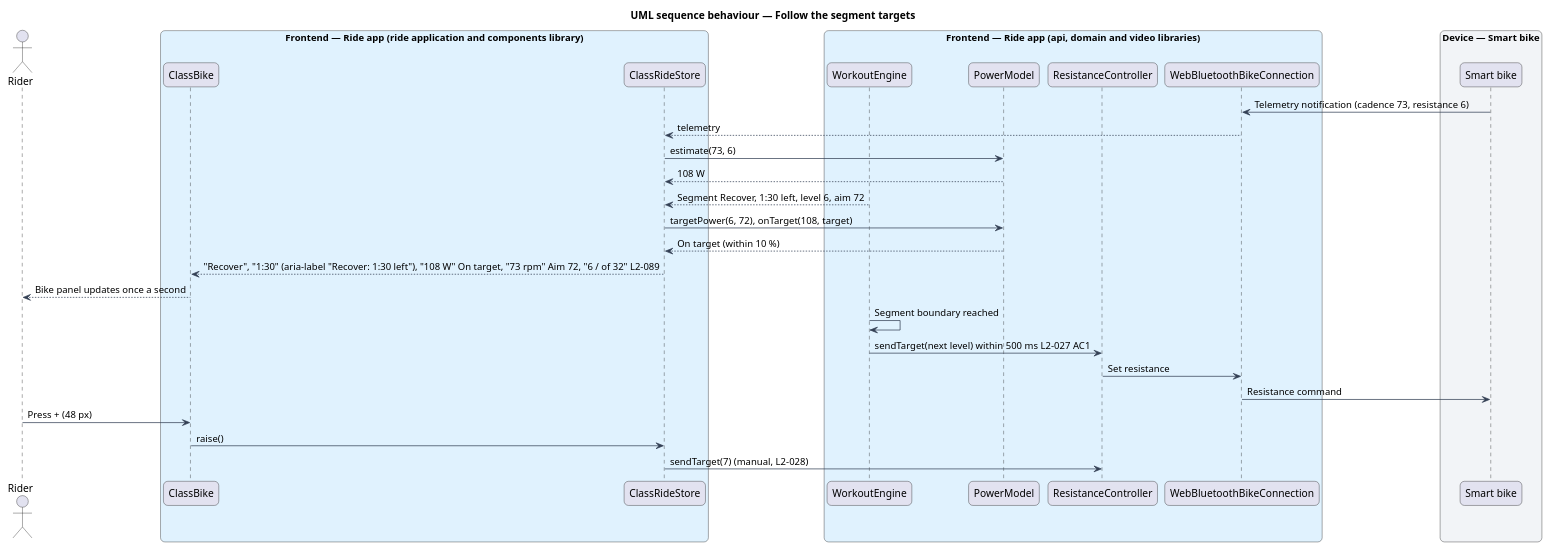
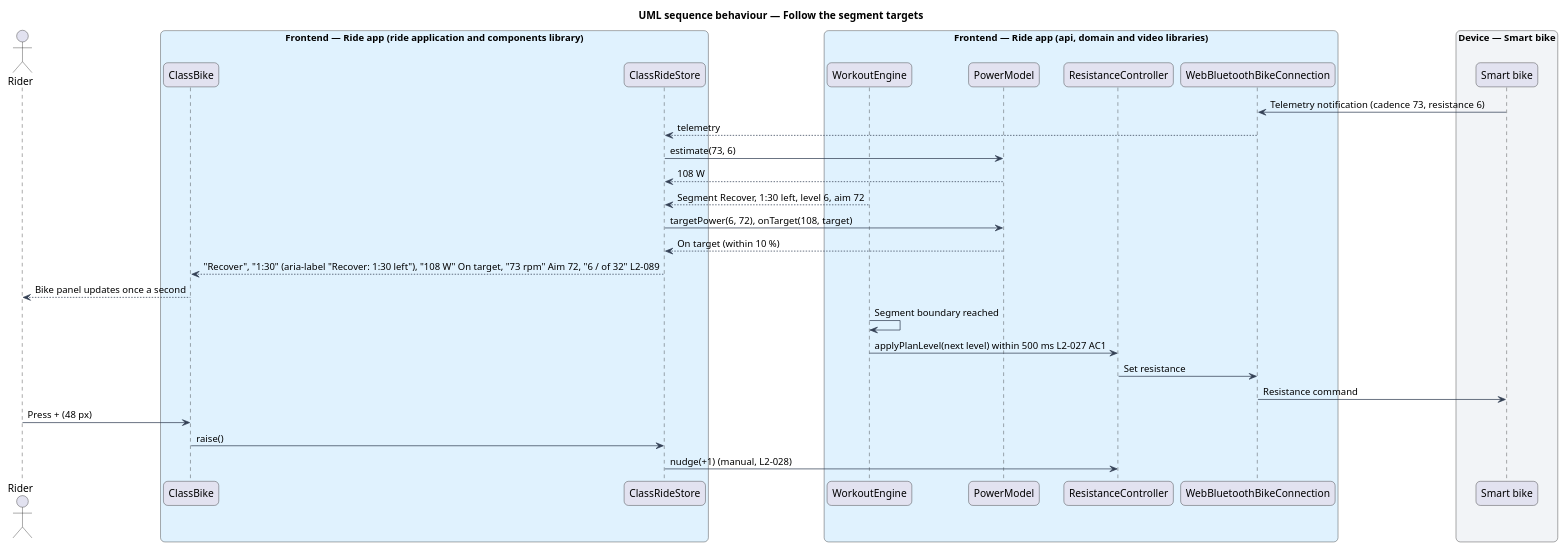
The diagram in docs/detailed-designs/classes/ride-a-class/diagrams/sequence-follow-the-segment-targets.puml (QuinntyneBrown/ride-one), drawn with PlantUML before and after one commit. The commit also changed 17 other files, not shown here.

```diff
--- a/docs/detailed-designs/classes/ride-a-class/diagrams/sequence-follow-the-segment-targets.puml
+++ b/docs/detailed-designs/classes/ride-a-class/diagrams/sequence-follow-the-segment-targets.puml
@@ -1,47 +1,47 @@
 @startuml
 title UML sequence behaviour — Follow the segment targets
 skinparam backgroundColor #FFFFFF
 skinparam shadowing false
 skinparam roundcorner 12
 skinparam defaultFontName Arial
 skinparam ArrowColor #344054
 skinparam rectangle {
   BorderColor #344054
   FontColor #101828
 }
 skinparam package {
   BorderColor #667085
   FontColor #101828
   BackgroundColor #F9FAFB
 }
 actor "Rider" as rider
 box "Frontend — Ride app (ride application and components library)" #E0F2FE
   participant "ClassBike" as panel
   participant "ClassRideStore" as store
 end box
 box "Frontend — Ride app (api, domain and video libraries)" #E0F2FE
   participant "WorkoutEngine" as engine
   participant "PowerModel" as power
   participant "ResistanceController" as resist
   participant "WebBluetoothBikeConnection" as conn
 end box
 box "Device — Smart bike" #F2F4F7
   participant "Smart bike" as bike
 end box
 bike -> conn : Telemetry notification (cadence 73, resistance 6)
 conn --> store : telemetry
 store -> power : estimate(73, 6)
 power --> store : 108 W
 engine --> store : Segment Recover, 1:30 left, level 6, aim 72
 store -> power : targetPower(6, 72), onTarget(108, target)
 power --> store : On target (within 10 %)
 store --> panel : "Recover", "1:30" (aria-label "Recover: 1:30 left"), "108 W" On target, "73 rpm" Aim 72, "6 / of 32" L2-089
 panel --> rider : Bike panel updates once a second
 engine -> engine : Segment boundary reached
-engine -> resist : sendTarget(next level) within 500 ms L2-027 AC1
+engine -> resist : applyPlanLevel(next level) within 500 ms L2-027 AC1
 resist -> conn : Set resistance
 conn -> bike : Resistance command
 rider -> panel : Press + (48 px)
 panel -> store : raise()
-store -> resist : sendTarget(7) (manual, L2-028)
+store -> resist : nudge(+1) (manual, L2-028)
 @enduml
```
